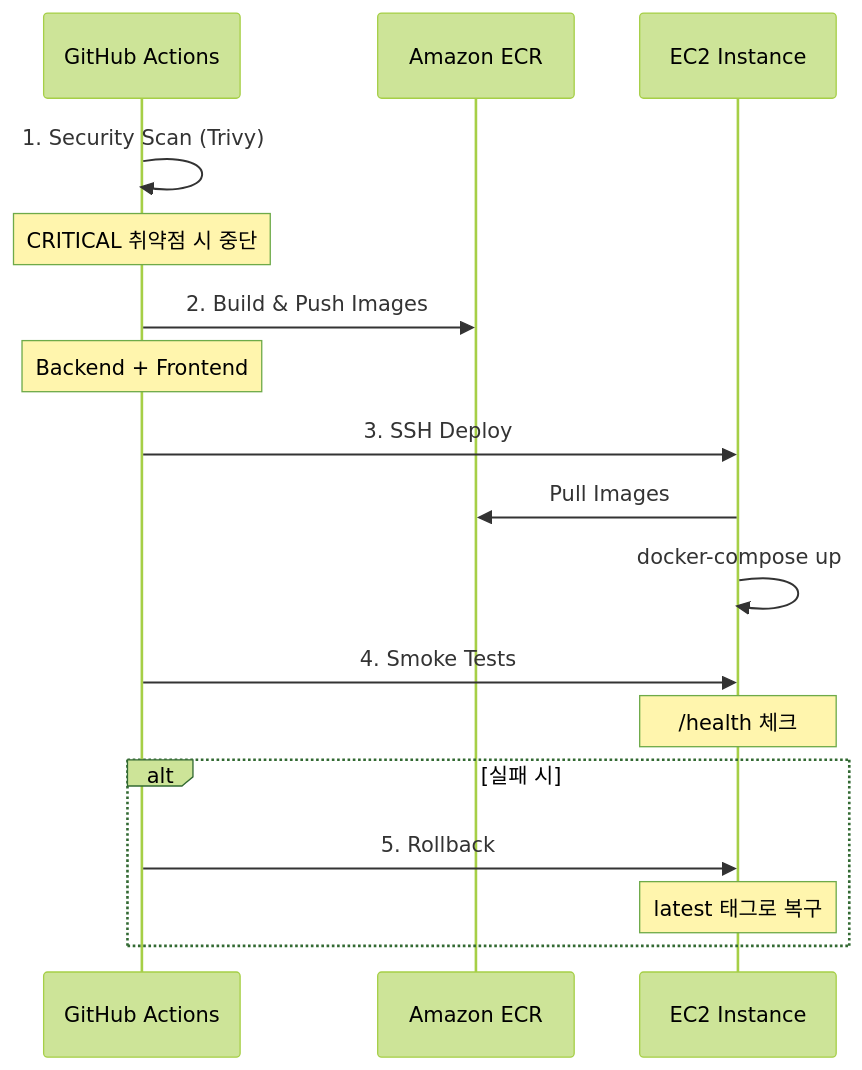
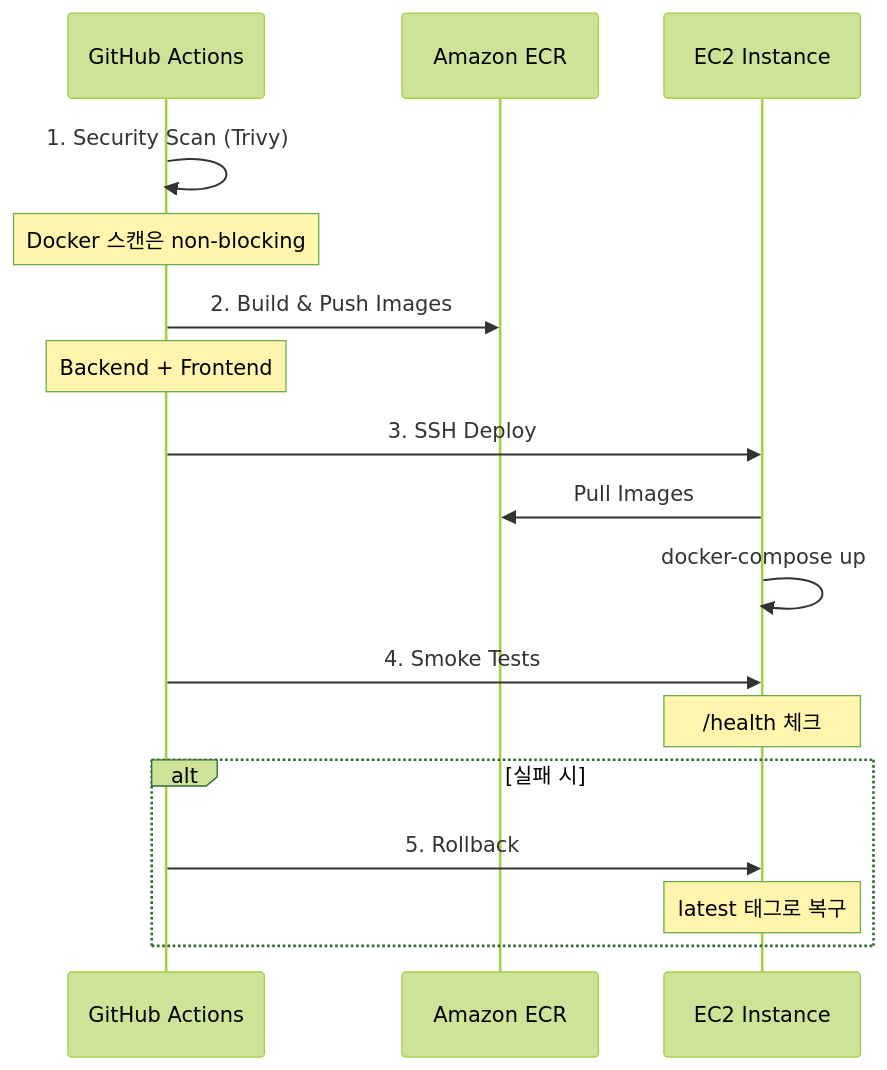
Before and after one commit to Sogang-Computer-Club/sogangcomputerclub.org: the second of 2 diagrams in docs/deployment.md, drawn with Mermaid (forest theme). The commit also changed 10 other files, not shown here.

````diff
--- a/docs/deployment.md
+++ b/docs/deployment.md
@@ -85,24 +85,24 @@
 ```mermaid
 sequenceDiagram
     participant GH as GitHub Actions
     participant ECR as Amazon ECR
     participant EC2 as EC2 Instance
 
     GH->>GH: 1. Security Scan (Trivy)
-    Note over GH: CRITICAL 취약점 시 중단
+    Note over GH: Docker 스캔은 non-blocking
 
     GH->>ECR: 2. Build & Push Images
     Note over GH: Backend + Frontend
 
     GH->>EC2: 3. SSH Deploy
     EC2->>ECR: Pull Images
     EC2->>EC2: docker-compose up
 
     GH->>EC2: 4. Smoke Tests
     Note over EC2: /health 체크
 
     alt 실패 시
         GH->>EC2: 5. Rollback
         Note over EC2: latest 태그로 복구
     end
 ```
````
